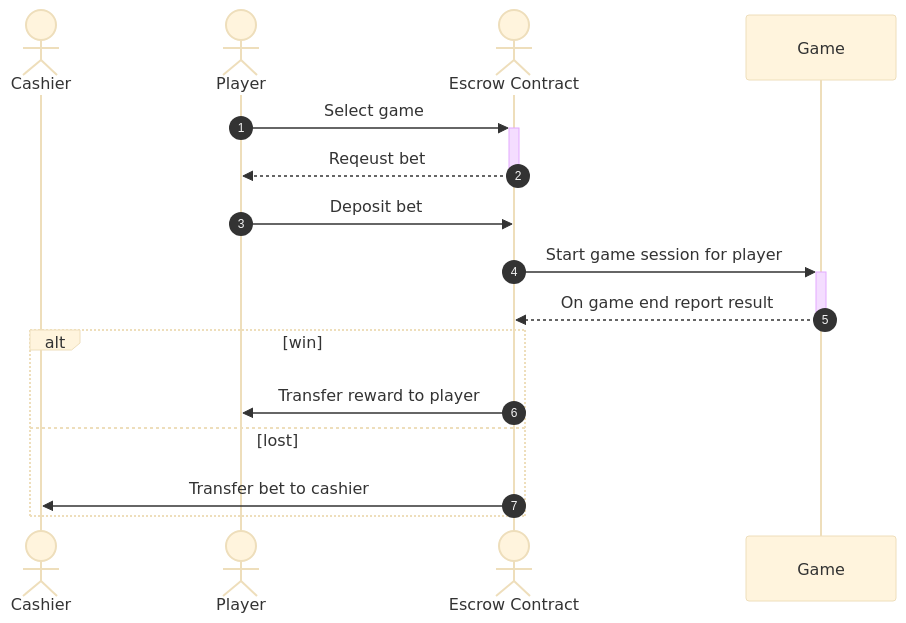
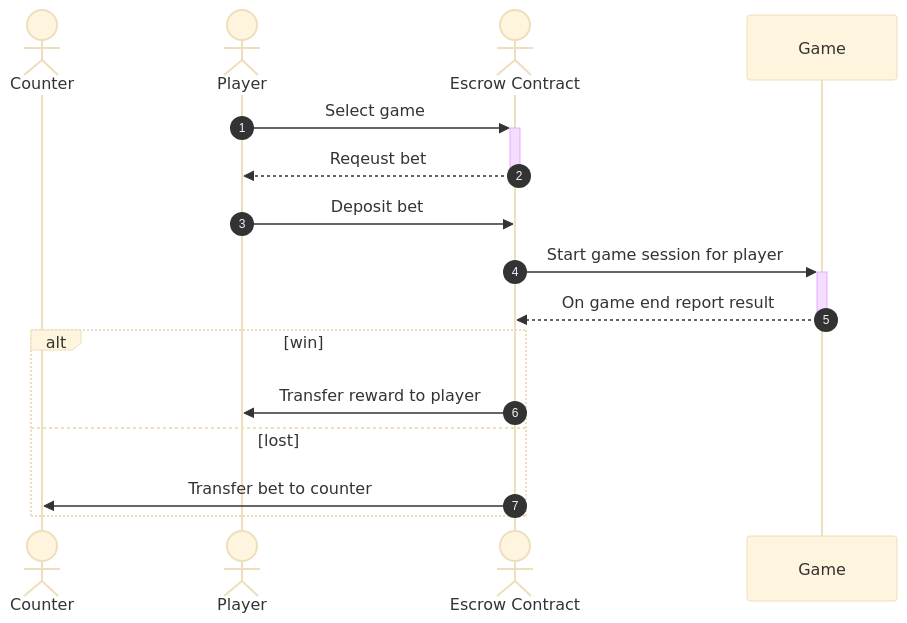
One commit to selendra/web3-game-gallery changed the fourth of 5 diagrams in README.md. Above: the diagram before and after it, drawn with Mermaid (base theme). The commit also changed other lines of this file, not shown here.

````diff
--- a/README.md
+++ b/README.md
@@ -107,20 +120,20 @@
 ```mermaid
 sequenceDiagram
     autonumber
-    actor A as Cashier
+    actor A as Counter
     actor B as Player
     actor C as Escrow Contract
     participant D as Game
 
     B ->>+ C: Select game
     C -->>- B: Reqeust bet
     B ->> C: Deposit bet
     C ->>+ D: Start game session for player
 
     D -->>- C: On game end report result
     alt win
         C ->> B: Transfer reward to player
     else lost
-        C ->> A: Transfer bet to cashier
+        C ->> A: Transfer bet to counter
     end
 ```
````
